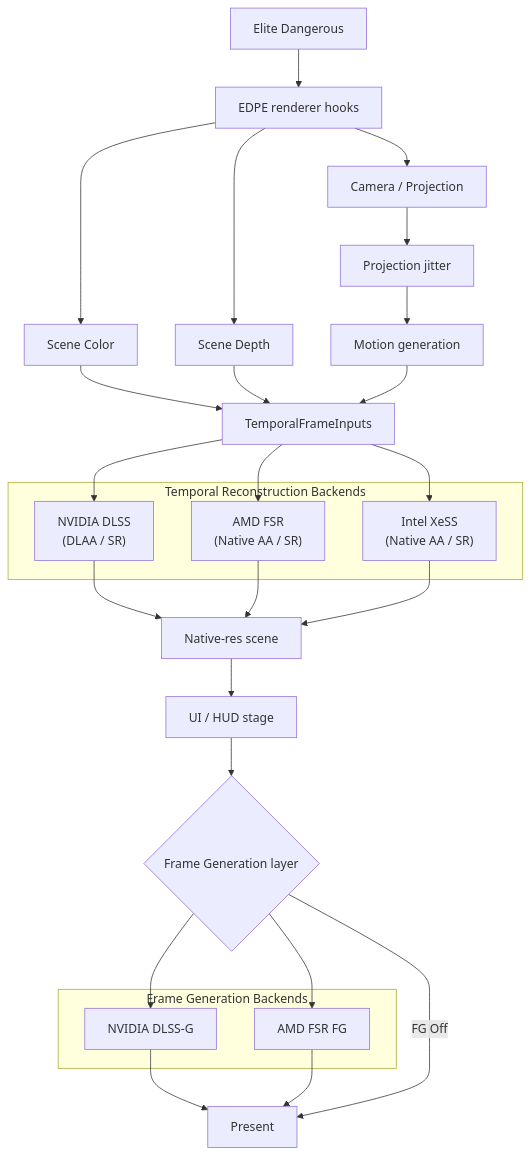
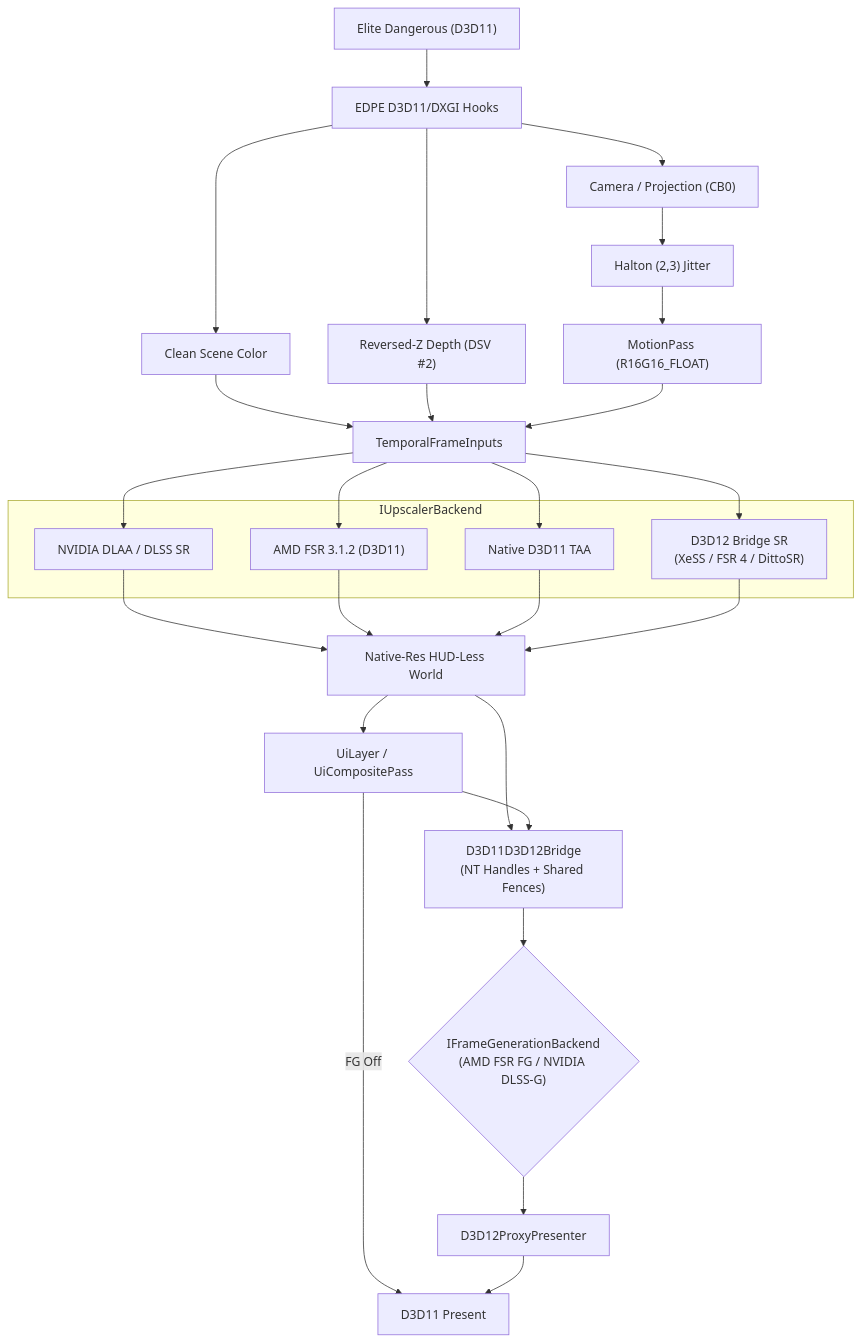
Before and after one commit to filispeen/EDPE: the first of 2 diagrams in PLAN.md, drawn with Mermaid. The commit also changed other lines of this file, not shown here.

````diff
--- a/PLAN.md
+++ b/PLAN.md
@@ -99,42 +28,32 @@
 ```mermaid
 flowchart TD
-    ED["Elite Dangerous"] --> Hooks["EDPE renderer hooks"]
-    Hooks --> Color["Scene Color"]
-    Hooks --> Depth["Scene Depth"]
-    Hooks --> Cam["Camera / Projection"]
+    ED["Elite Dangerous (D3D11)"] --> Hooks["EDPE D3D11/DXGI Hooks"]
+    Hooks --> Color["Clean Scene Color"]
+    Hooks --> Depth["Reversed-Z Depth (DSV #2)"]
+    Hooks --> Cam["Camera / Projection (CB0)"]
 
-    Cam --> Jitter["Projection jitter"]
-    Jitter --> Motion["Motion generation"]
+    Cam --> Jitter["Halton (2,3) Jitter"]
+    Jitter --> Motion["MotionPass (R16G16_FLOAT)"]
     Color --> Inputs["TemporalFrameInputs"]
     Depth --> Inputs
     Motion --> Inputs
 
-    subgraph Upscalers ["Temporal Reconstruction Backends"]
-        DLSS["NVIDIA DLSS<br/>(DLAA / SR)"]
-        FSR["AMD FSR<br/>(Native AA / SR)"]
-        XeSS["Intel XeSS<br/>(Native AA / SR)"]
+    subgraph Upscalers ["IUpscalerBackend"]
+        DLSS["NVIDIA DLAA / DLSS SR"]
+        FSR["AMD FSR 3.1.2 (D3D11)"]
+        TAA["Native D3D11 TAA"]
+        DX12SR["D3D12 Bridge SR<br/>(XeSS / FSR 4 / DittoSR)"]
     end
 
-    Inputs --> DLSS
-    Inputs --> FSR
-    Inputs --> XeSS
+    Inputs --> DLSS & FSR & TAA & DX12SR
+    DLSS & FSR & TAA & DX12SR --> World["Native-Res HUD-Less World"]
 
-    DLSS --> NativeScene["Native-res scene"]
-    FSR --> NativeScene
-    XeSS --> NativeScene
+    World --> UIComp["UiLayer / UiCompositePass"]
+    World --> Bridge["D3D11D3D12Bridge<br/>(NT Handles + Shared Fences)"]
+    UIComp --> Bridge
 
-    NativeScene --> UI["UI / HUD stage"]
-    UI --> FGLayer{"Frame Generation layer"}
-
-    subgraph FG ["Frame Generation Backends"]
-        DLSSG["NVIDIA DLSS-G"]
-        FSRFG["AMD FSR FG"]
-    end
-
-    FGLayer --> DLSSG
-    FGLayer --> FSRFG
-
-    DLSSG --> Present["Present"]
-    FSRFG --> Present
-    FGLayer -- "FG Off" --> Present
+    Bridge --> FG{"IFrameGenerationBackend<br/>(AMD FSR FG / NVIDIA DLSS-G)"}
+    FG --> Proxy["D3D12ProxyPresenter"]
+    UIComp -- "FG Off" --> Present["D3D11 Present"]
+    Proxy --> Present
 ```
````
